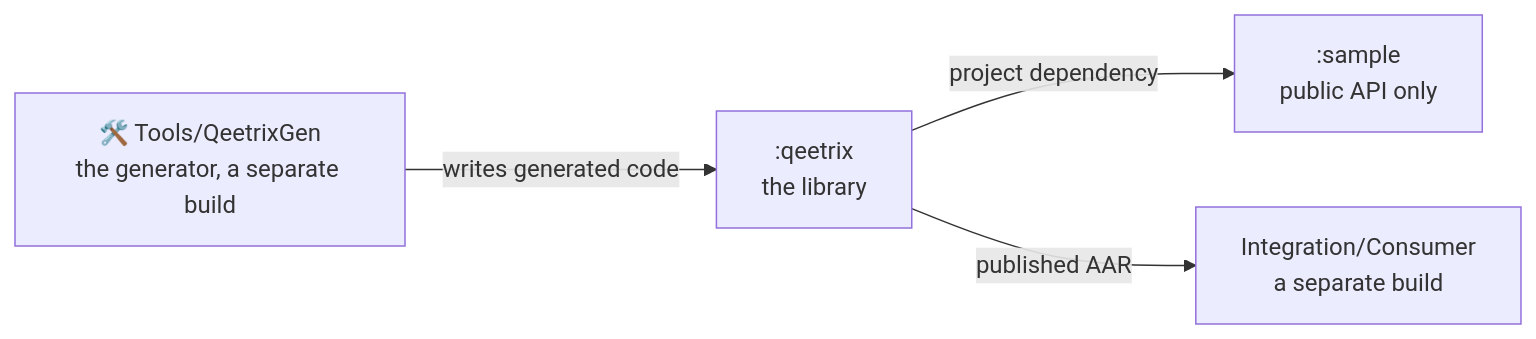
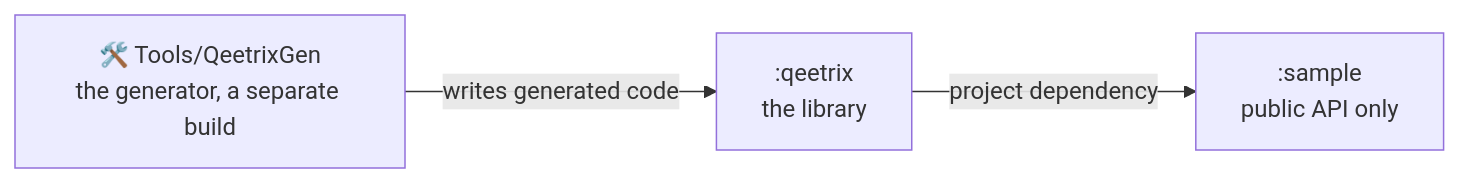
The third of 4 diagrams in ARCHITECTURE.md (qeetgroup/qeetrix-android), drawn with Mermaid before and after one commit. The commit also changed other lines of this file and 179 other files, not shown here.

````diff
--- a/ARCHITECTURE.md
+++ b/ARCHITECTURE.md
@@ -69,6 +68,5 @@
 ```mermaid
 flowchart LR
     Gen["🛠️ Tools/QeetrixGen<br/>the generator, a separate build"] -- "writes generated code" --> Lib[":qeetrix<br/>the library"]
     Lib -- "project dependency" --> Sample[":sample<br/>public API only"]
-    Lib -- "published AAR" --> Consumer["Integration/Consumer<br/>a separate build"]
 ```
````
